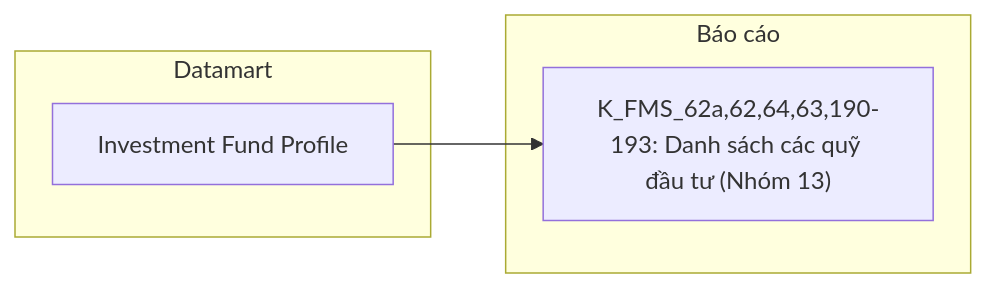
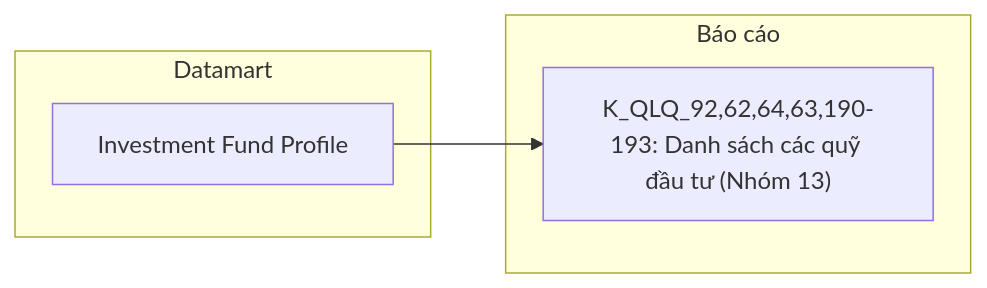
Diagram 20 of 37 in Datamart/hld/DTM_QLQ_HLD.md (linhlvit/ubck_atomic_design), drawn with Mermaid before and after one commit. The commit also changed other lines of this file and 5 other files, not shown here.

````diff
--- a/Datamart/hld/DTM_QLQ_HLD.md
+++ b/Datamart/hld/DTM_QLQ_HLD.md
@@ -904,10 +904,10 @@
 ```mermaid
 flowchart LR
     subgraph GOLD["Datamart"]
         G1["Investment Fund Profile"]
     end
     subgraph RPT["Báo cáo"]
-        R1["K_FMS_62a,62,64,63,190-193: Danh sách các quỹ đầu tư (Nhóm 13)"]
+        R1["K_QLQ_92,62,64,63,190-193: Danh sách các quỹ đầu tư (Nhóm 13)"]
     end
     G1 --> R1
 ```
````
